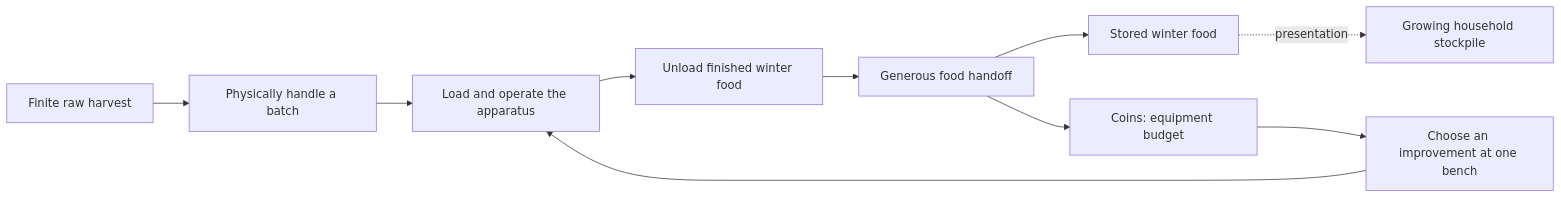
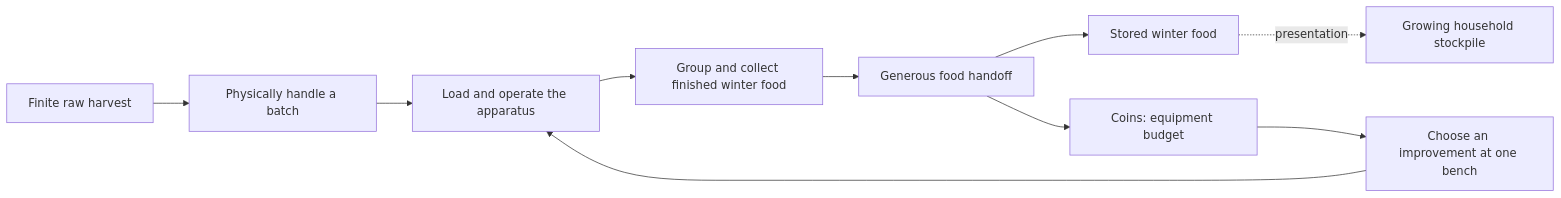
The diagram in games/just-a-few-peppers/docs/core-loop-and-mechanics.md (pavelbelyaev98/game-test), drawn with Mermaid before and after one commit. The commit also changed other lines of this file and 55 other files, not shown here.

````diff
--- a/games/just-a-few-peppers/docs/core-loop-and-mechanics.md
+++ b/games/just-a-few-peppers/docs/core-loop-and-mechanics.md
@@ -9,12 +9,12 @@
 ```mermaid
 flowchart LR
     A[Finite raw harvest] --> B[Physically handle a batch]
     B --> C[Load and operate the apparatus]
-    C --> D[Unload finished winter food]
+    C --> D[Group and collect finished winter food]
     D --> E[Generous food handoff]
     E --> F[Stored winter food]
     E --> G[Coins: equipment budget]
     G --> H[Choose an improvement at one bench]
     H --> C
     F -. presentation .-> I[Growing household stockpile]
 ```
````
